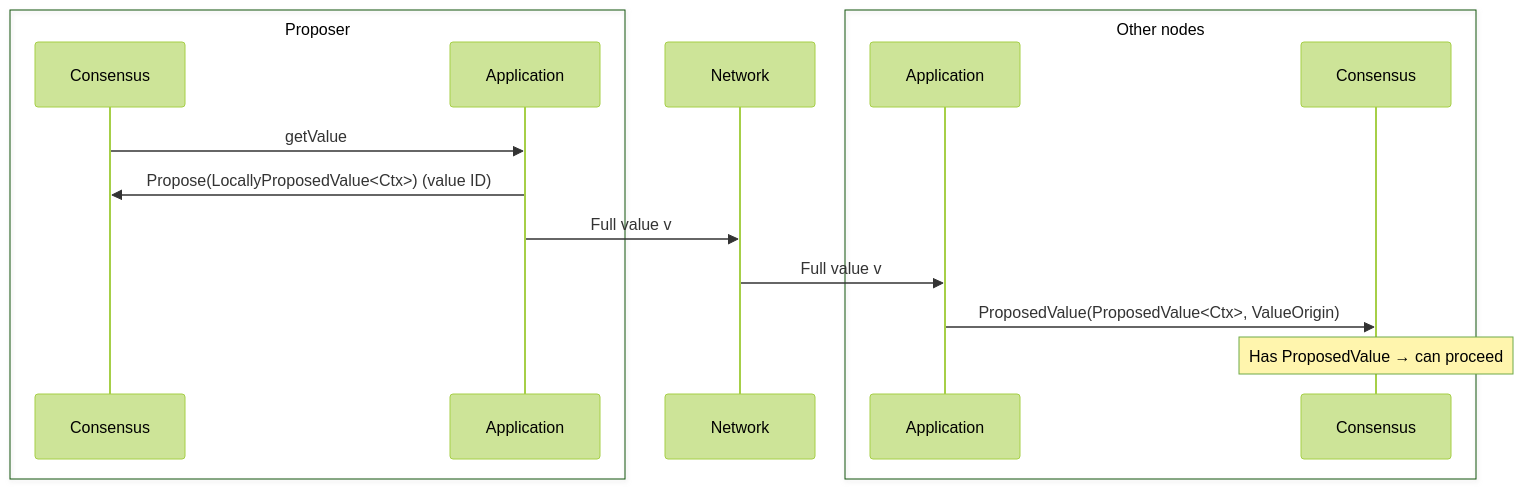
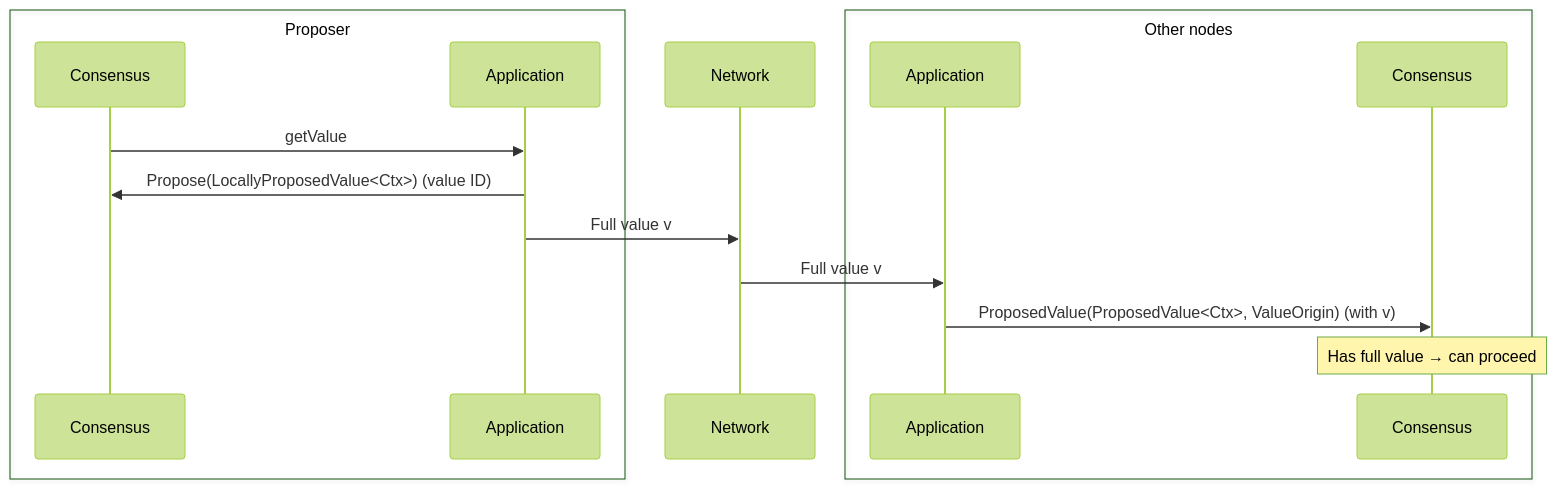
The third of 3 diagrams in docs/architecture/adr-003-values-propagation.md (circlefin/malachite), drawn with Mermaid (forest theme) before and after one commit. The commit also changed other lines of this file, not shown here.

Commit message:
Minor changes

````diff
--- a/docs/architecture/adr-003-values-propagation.md
+++ b/docs/architecture/adr-003-values-propagation.md
@@ -202,24 +202,24 @@
 ```mermaid
 sequenceDiagram
     box Proposer
       participant C1 as Consensus
       participant A1 as Application
     end
 
     participant N as Network
 
     box Other nodes
       participant A2 as Application
       participant C2 as Consensus
     end
 
     C1->>A1: getValue
     A1->>C1: Propose(LocallyProposedValue<Ctx>) (value ID)
     
     A1->>N: Full value v
     N->>A2: Full value v
 
-    A2->>C2: ProposedValue(ProposedValue<Ctx>, ValueOrigin)
+    A2->>C2: ProposedValue(ProposedValue<Ctx>, ValueOrigin) (with v)
 
-    Note over C2: Has ProposedValue → can proceed
+    Note over C2: Has full value → can proceed
 ```
````
